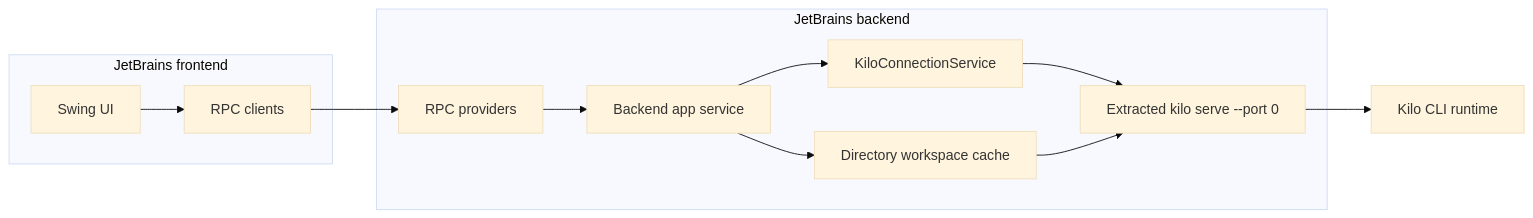
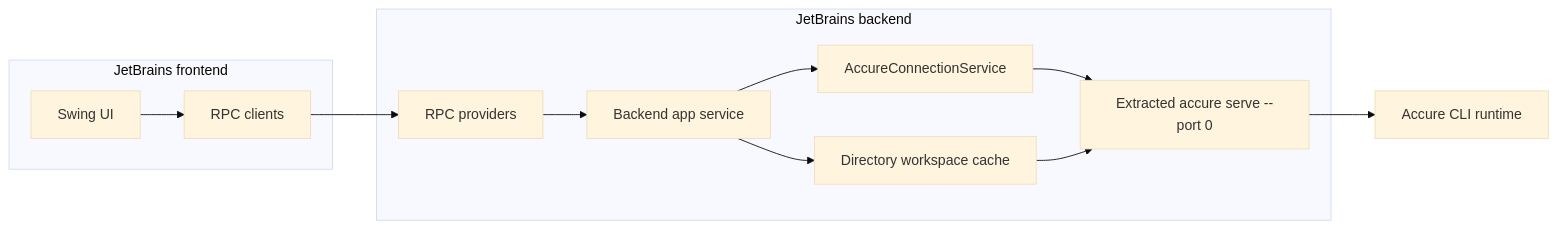
Before and after one commit to Accure-Inc/accure-code: the diagram in packages/accure-docs/pages/contributing/architecture/jetbrains-plugin.md, drawn with Mermaid (base theme). The commit also changed other lines of this file and 2711 other files, not shown here.

````diff
--- a/packages/accure-docs/pages/contributing/architecture/jetbrains-plugin.md
+++ b/packages/accure-docs/pages/contributing/architecture/jetbrains-plugin.md
@@ -26,21 +26,21 @@
 ```mermaid
 flowchart LR
   subgraph frontend ["JetBrains frontend"]
     swing["Swing UI"]
     rpcClient["RPC clients"]
   end
 
   subgraph backend ["JetBrains backend"]
     rpcImpl["RPC providers"]
     app["Backend app service"]
-    conn["KiloConnectionService"]
+    conn["AccureConnectionService"]
     workspaces["Directory workspace cache"]
-    cli["Extracted kilo serve --port 0"]
+    cli["Extracted accure serve --port 0"]
   end
 
-  runtime["Kilo CLI runtime"]
+  runtime["Accure CLI runtime"]
 
   swing --> rpcClient --> rpcImpl --> app
   app --> conn --> cli --> runtime
   app --> workspaces --> cli
 ```
````
